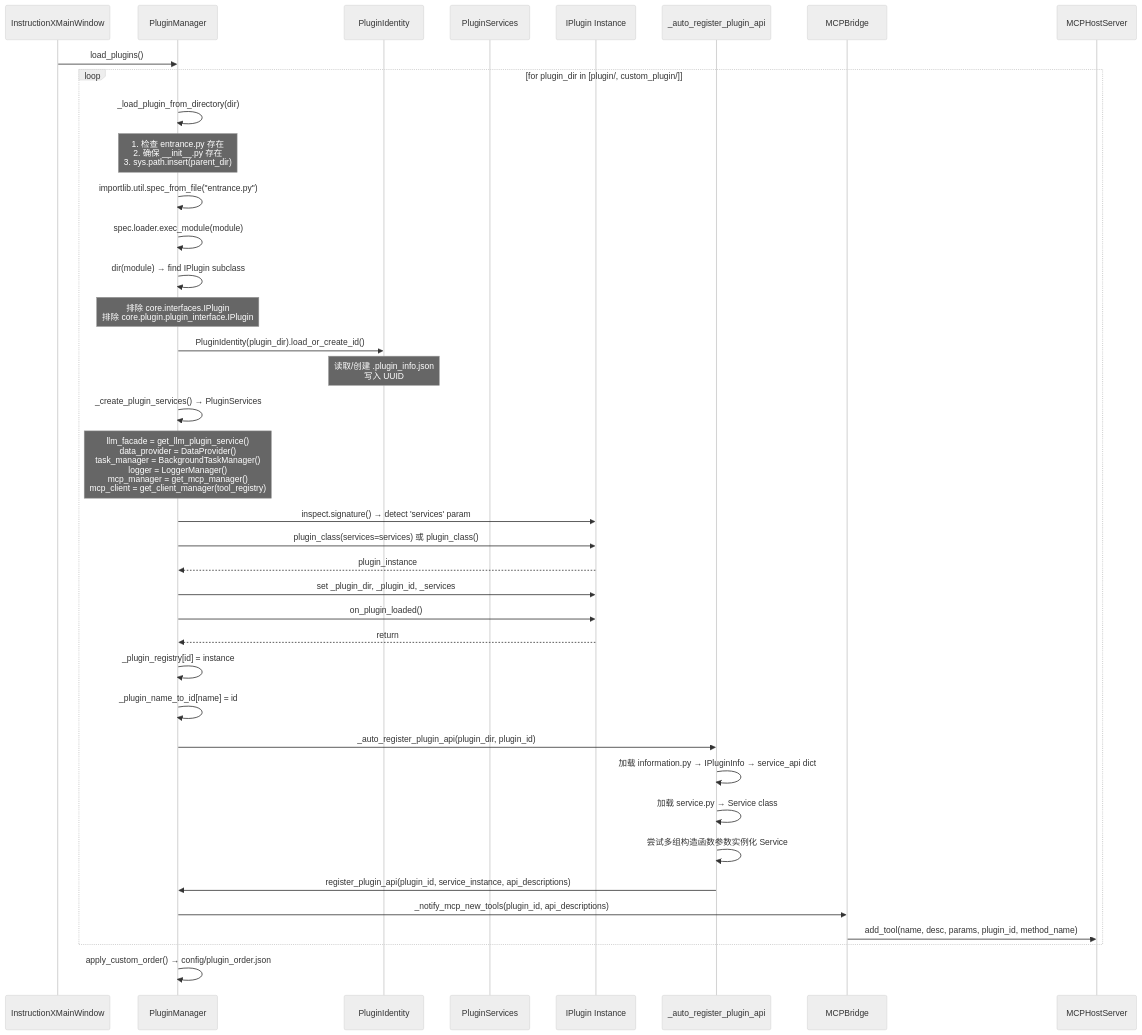
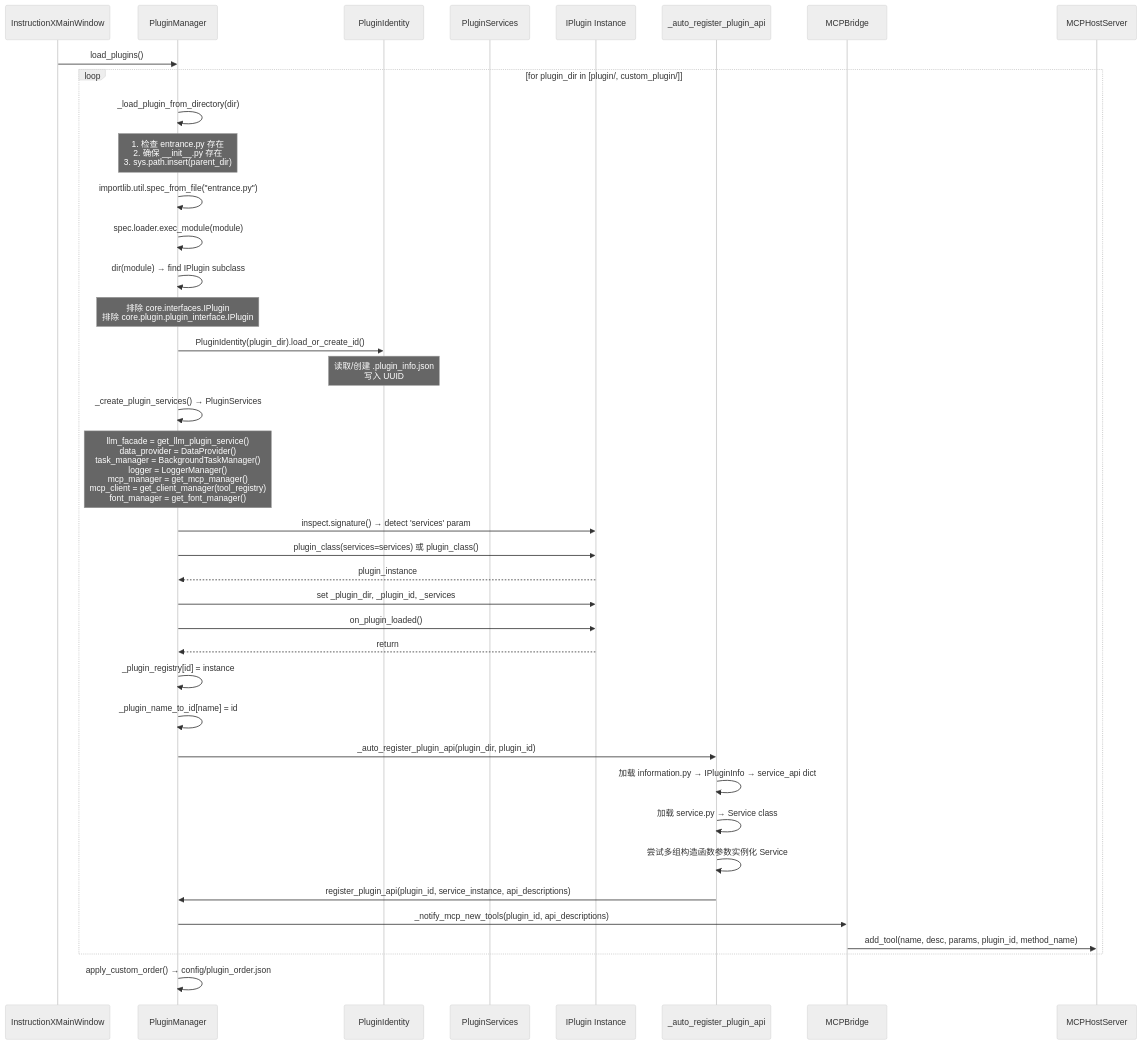
One commit to KKPIP-Tech/InstructionX changed the second of 4 diagrams in docs/architecture/instructionx-architecture.md. Above: the diagram before and after it, drawn with Mermaid (neutral theme). The commit also changed other lines of this file and 17 other files, not shown here.

````diff
--- a/docs/architecture/instructionx-architecture.md
+++ b/docs/architecture/instructionx-architecture.md
@@ -199,48 +203,48 @@
 ```mermaid
 sequenceDiagram
     participant MW as InstructionXMainWindow
     participant PM as PluginManager
     participant PID as PluginIdentity
     participant PS as PluginServices
     participant PL as IPlugin Instance
     participant Auto as _auto_register_plugin_api
     participant BRIDGE as MCPBridge
     participant MCPH as MCPHostServer
 
     MW->>PM: load_plugins()
     loop for plugin_dir in [plugin/, custom_plugin/]
         PM->>PM: _load_plugin_from_directory(dir)
         Note over PM: 1. 检查 entrance.py 存在<br/>2. 确保 __init__.py 存在<br/>3. sys.path.insert(parent_dir)
 
         PM->>PM: importlib.util.spec_from_file("entrance.py")
         PM->>PM: spec.loader.exec_module(module)
         PM->>PM: dir(module) → find IPlugin subclass
         Note over PM: 排除 core.interfaces.IPlugin<br/>排除 core.plugin.plugin_interface.IPlugin
 
         PM->>PID: PluginIdentity(plugin_dir).load_or_create_id()
         Note over PID: 读取/创建 .plugin_info.json<br/>写入 UUID
 
         PM->>PM: _create_plugin_services() → PluginServices
-        Note over PM: llm_facade = get_llm_plugin_service()<br/>data_provider = DataProvider()<br/>task_manager = BackgroundTaskManager()<br/>logger = LoggerManager()<br/>mcp_manager = get_mcp_manager()<br/>mcp_client = get_client_manager(tool_registry)
+        Note over PM: llm_facade = get_llm_plugin_service()<br/>data_provider = DataProvider()<br/>task_manager = BackgroundTaskManager()<br/>logger = LoggerManager()<br/>mcp_manager = get_mcp_manager()<br/>mcp_client = get_client_manager(tool_registry)<br/>font_manager = get_font_manager()
 
         PM->>PL: inspect.signature() → detect 'services' param
         PM->>PL: plugin_class(services=services) 或 plugin_class()
         PL-->>PM: plugin_instance
 
         PM->>PL: set _plugin_dir, _plugin_id, _services
         PM->>PL: on_plugin_loaded()
         PL-->>PM: return
 
         PM->>PM: _plugin_registry[id] = instance
         PM->>PM: _plugin_name_to_id[name] = id
 
         PM->>Auto: _auto_register_plugin_api(plugin_dir, plugin_id)
         Auto->>Auto: 加载 information.py → IPluginInfo → service_api dict
         Auto->>Auto: 加载 service.py → Service class
         Auto->>Auto: 尝试多组构造函数参数实例化 Service
         Auto->>PM: register_plugin_api(plugin_id, service_instance, api_descriptions)
         PM->>BRIDGE: _notify_mcp_new_tools(plugin_id, api_descriptions)
         BRIDGE->>MCPH: add_tool(name, desc, params, plugin_id, method_name)
     end
     PM->>PM: apply_custom_order() → config/plugin_order.json
 ```
````
